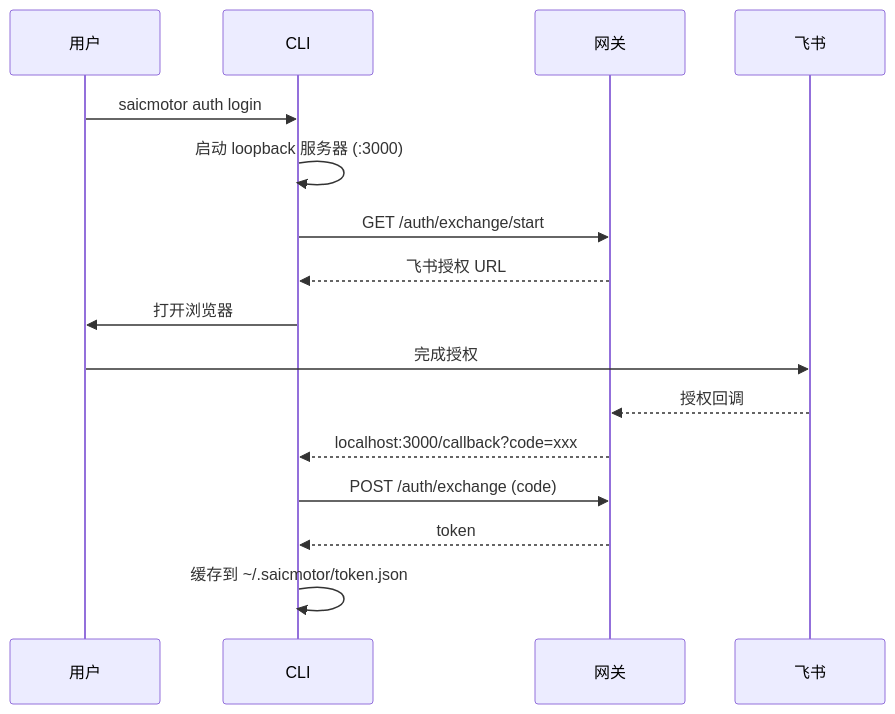
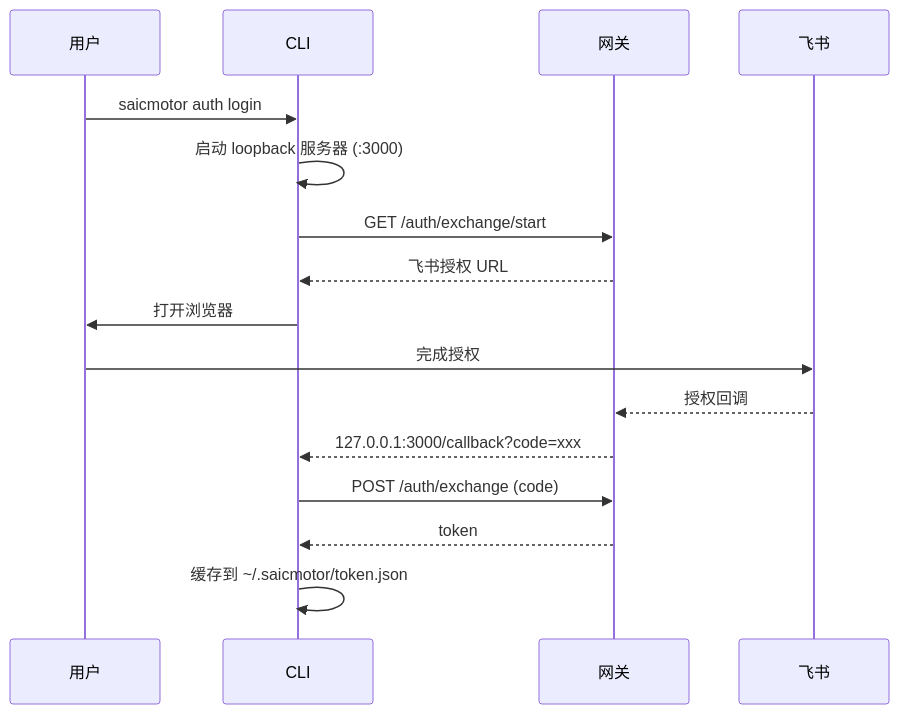
Before and after one commit to a5535772/saicmotor-cli: the diagram in docs/framework/04-auth.md, drawn with Mermaid. The commit also changed 3 other files, not shown here.

````diff
--- a/docs/framework/04-auth.md
+++ b/docs/framework/04-auth.md
@@ -32,18 +32,18 @@
 ```mermaid
 sequenceDiagram
     participant U as 用户
     participant C as CLI
     participant GW as 网关
     participant FS as 飞书
     U->>C: saicmotor auth login
     C->>C: 启动 loopback 服务器 (:3000)
     C->>GW: GET /auth/exchange/start
     GW-->>C: 飞书授权 URL
     C->>U: 打开浏览器
     U->>FS: 完成授权
     FS-->>GW: 授权回调
-    GW-->>C: localhost:3000/callback?code=xxx
+    GW-->>C: 127.0.0.1:3000/callback?code=xxx
     C->>GW: POST /auth/exchange (code)
     GW-->>C: token
     C->>C: 缓存到 ~/.saicmotor/token.json
 ```
````
